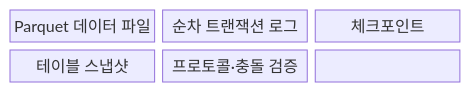
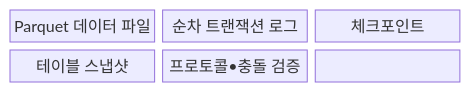
The first of 2 diagrams in src/content/docs/notes/08-latest-tech/190_delta_lake.md (agnusdei1207/knowledge-base), drawn with Mermaid before and after one commit. The commit also changed other lines of this file and 953 other files, not shown here.

````diff
--- a/src/content/docs/notes/08-latest-tech/190_delta_lake.md
+++ b/src/content/docs/notes/08-latest-tech/190_delta_lake.md
@@ -64,11 +64,11 @@
 ```mermaid
 block-beta
   columns 3
   N0["Parquet 데이터 파일"]
   N1["순차 트랜잭션 로그"]
   N2["체크포인트"]
   N3["테이블 스냅샷"]
-  N4["프로토콜·충돌 검증"]
+  N4["프로토콜•충돌 검증"]
   N0 --- N1 --- N2
   N2 --- N3 --- N4
 ```
````
